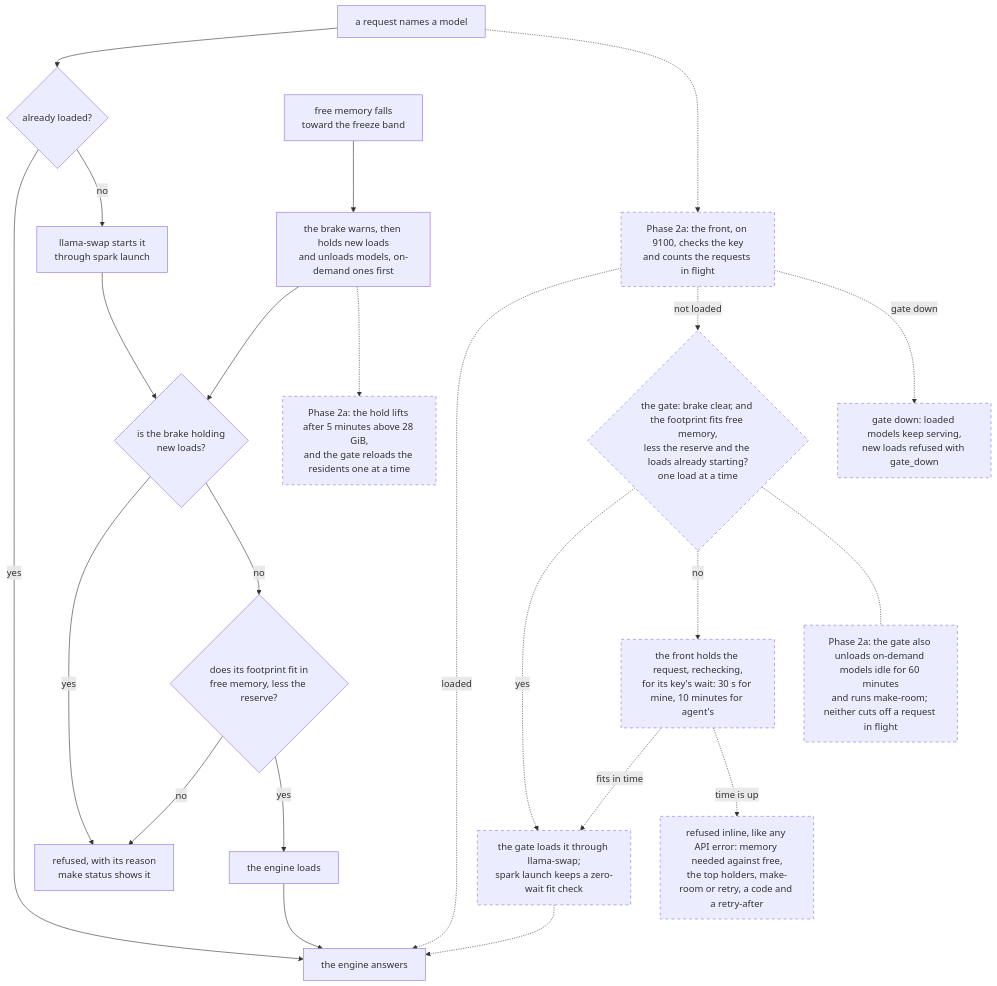
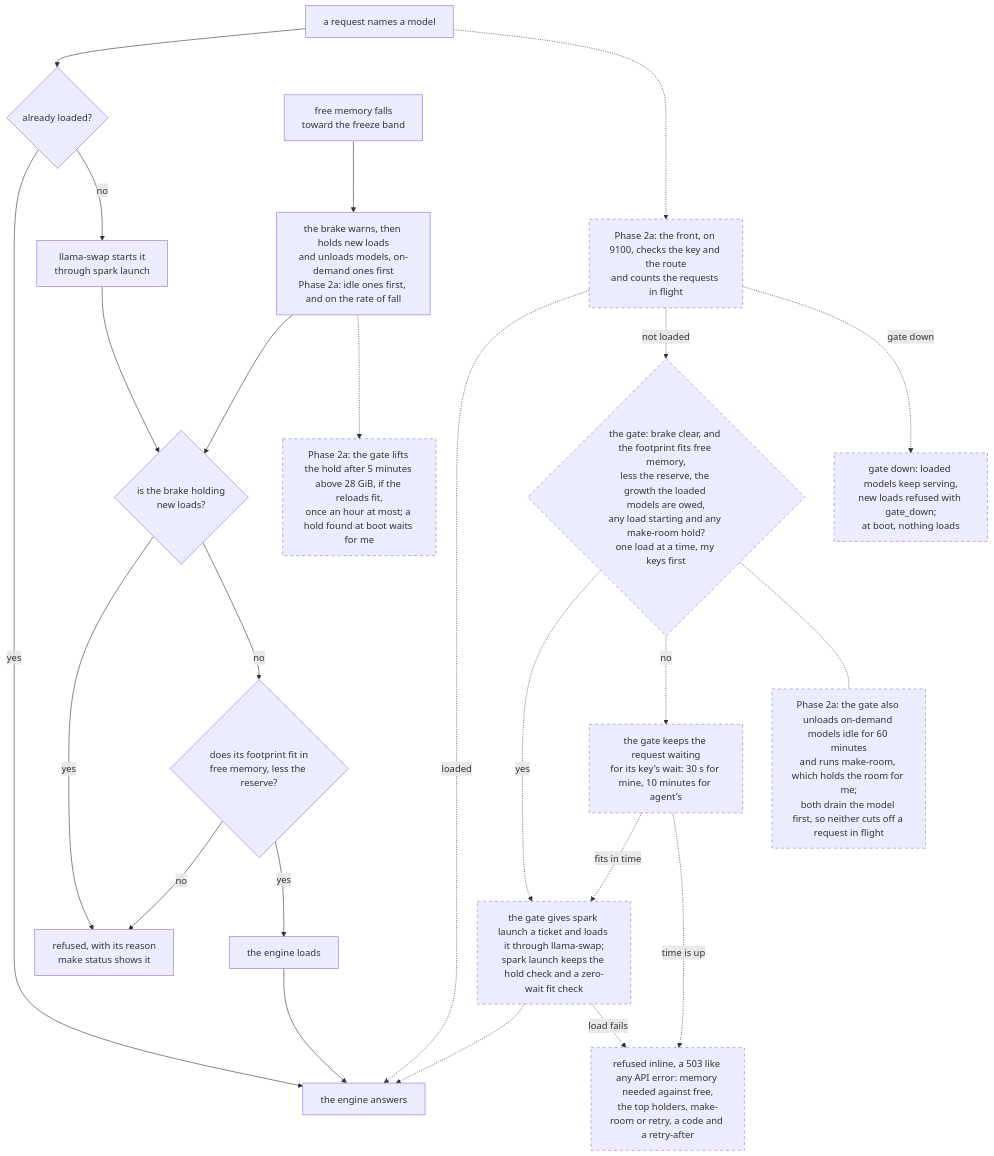
Before and after one commit to chendaniely/local-ai: the third of 4 diagrams in website/architecture.qmd, drawn with Mermaid. The commit also changed other lines of this file and 11 other files, not shown here.

First line of the commit message:
docs(plan): 🤖 revise Phase 2a's design after its council

````diff
--- a/website/architecture.qmd
+++ b/website/architecture.qmd
@@ -167,36 +177,37 @@
 ```{mermaid}
 flowchart TD
   classDef planned stroke-dasharray: 5 5
 
   req["a request names a model"] --> loaded{"already loaded?"}
   loaded -- yes --> answer["the engine answers"]
   loaded -- no --> launch["llama-swap starts it<br/>through spark launch"]
   launch --> held{"is the brake holding<br/>new loads?"}
   held -- yes --> refuse["refused, with its reason<br/>make status shows it"]
   held -- no --> fits{"does its footprint fit in<br/>free memory, less the reserve?"}
   fits -- no --> refuse
   fits -- yes --> load["the engine loads"] --> answer
-  low["free memory falls<br/>toward the freeze band"] --> brake["the brake warns, then holds new loads<br/>and unloads models, on-demand ones first"]
+  low["free memory falls<br/>toward the freeze band"] --> brake["the brake warns, then holds new loads<br/>and unloads models, on-demand ones first<br/>Phase 2a: idle ones first, and on the rate of fall"]
   brake --> held
 
-  front["Phase 2a: the front, on 9100, checks the key<br/>and counts the requests in flight"]:::planned
-  gdown["gate down: loaded models keep serving,<br/>new loads refused with gate_down"]:::planned
-  ask{"the gate: brake clear, and the footprint fits free memory,<br/>less the reserve and the loads already starting?<br/>one load at a time"}:::planned
-  gload["the gate loads it through llama-swap;<br/>spark launch keeps a zero-wait fit check"]:::planned
-  hold["the front holds the request, rechecking,<br/>for its key's wait: 30 s for mine, 10 minutes for agent's"]:::planned
-  inline["refused inline, like any API error: memory needed against free,<br/>the top holders, make-room or retry, a code and a retry-after"]:::planned
-  release["Phase 2a: the hold lifts after 5 minutes above 28 GiB,<br/>and the gate reloads the residents one at a time"]:::planned
-  idle["Phase 2a: the gate also unloads on-demand models idle for 60 minutes<br/>and runs make-room; neither cuts off a request in flight"]:::planned
+  front["Phase 2a: the front, on 9100, checks the key and the route<br/>and counts the requests in flight"]:::planned
+  gdown["gate down: loaded models keep serving,<br/>new loads refused with gate_down;<br/>at boot, nothing loads"]:::planned
+  ask{"the gate: brake clear, and the footprint fits free memory,<br/>less the reserve, the growth the loaded models are owed,<br/>any load starting and any make-room hold?<br/>one load at a time, my keys first"}:::planned
+  gload["the gate gives spark launch a ticket and loads it through llama-swap;<br/>spark launch keeps the hold check and a zero-wait fit check"]:::planned
+  hold["the gate keeps the request waiting<br/>for its key's wait: 30 s for mine, 10 minutes for agent's"]:::planned
+  inline["refused inline, a 503 like any API error: memory needed against free,<br/>the top holders, make-room or retry, a code and a retry-after"]:::planned
+  release["Phase 2a: the gate lifts the hold after 5 minutes above 28 GiB, if the reloads fit,<br/>once an hour at most; a hold found at boot waits for me"]:::planned
+  idle["Phase 2a: the gate also unloads on-demand models idle for 60 minutes<br/>and runs make-room, which holds the room for me;<br/>both drain the model first, so neither cuts off a request in flight"]:::planned
 
   req -.-> front
   front -. loaded .-> answer
   front -. "not loaded" .-> ask
   front -. "gate down" .-> gdown
   ask -. yes .-> gload
   gload -.-> answer
+  gload -. "load fails" .-> inline
   ask -. no .-> hold
   hold -. "fits in time" .-> gload
   hold -. "time is up" .-> inline
   brake -.-> release
   ask -.- idle
 ```
````
